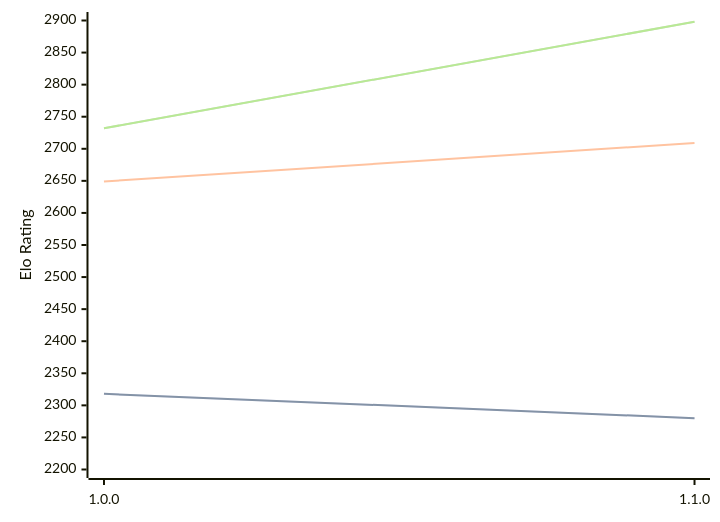
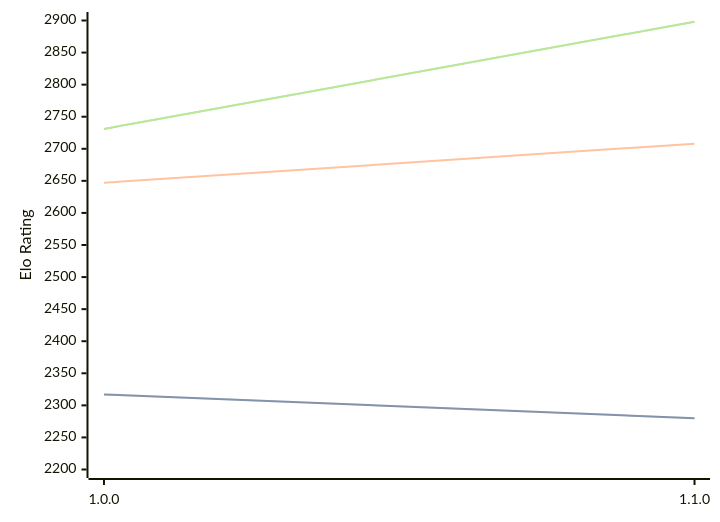
Before and after one commit to computer-chess-index/cci: the diagram in engines/ShallowGuess.md, drawn with Mermaid. The commit also changed other lines of this file, not shown here.

Commit message:
Update CCI Ratings (ELO VLTC) - 2026-08-04

````diff
--- a/engines/ShallowGuess.md
+++ b/engines/ShallowGuess.md
@@ -36,11 +36,11 @@
 ```mermaid
 %%{init: {"theme":"base","themeVariables":{"seriesColors:['#a3a3a3','#222221','#faa371']}}}%%
 xychart-beta
   x-axis ["1.0.0", "1.1.0"]
   y-axis "Elo Rating" 2200 --> 2900
-  line "STC (8.0+0.08s)" [2318, 2280]
-  line "STC (8.0+0.08s)" [2318, 2280]
-  line "LTC (60.0+0.60s)" [2649, 2709]
-  line "VLTC (2m24s+1.12s)" [2732, 2898]
-  line "VLTC (2m24s+1.12s)" [2732, 2898]
+  line "STC (8.0+0.08s)" [2317, 2280]
+  line "STC (8.0+0.08s)" [2317, 2280]
+  line "LTC (60.0+0.60s)" [2647, 2708]
+  line "VLTC (2m24s+1.12s)" [2731, 2898]
+  line "VLTC (2m24s+1.12s)" [2731, 2898]
 ```
````
